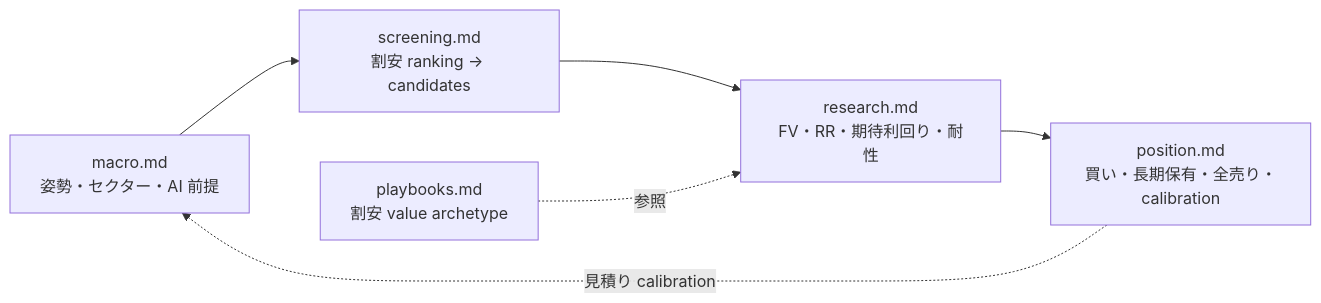
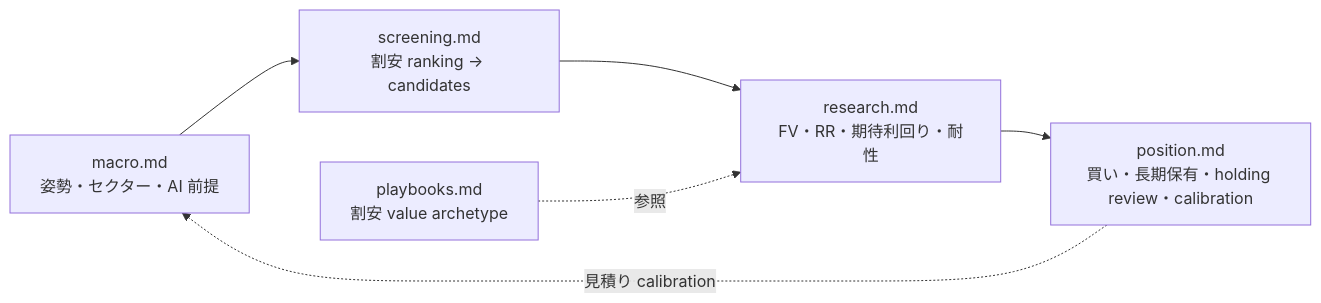
One commit to koumatsumoto/baibai-loop changed the diagram in docs/workflow/README.md. Above: the diagram before and after it, drawn with Mermaid. The commit also changed other lines of this file and 27 other files, not shown here.

````diff
--- a/docs/workflow/README.md
+++ b/docs/workflow/README.md
@@ -13,8 +13,8 @@
 ```mermaid
 flowchart LR
   macro["macro.md<br/>姿勢・セクター・AI 前提"] --> screening["screening.md<br/>割安 ranking → candidates"]
   screening --> research["research.md<br/>FV・RR・期待利回り・耐性"]
-  research --> position["position.md<br/>買い・長期保有・全売り・calibration"]
+  research --> position["position.md<br/>買い・長期保有・holding review・calibration"]
   position -.見積り calibration.-> macro
   playbooks["playbooks.md<br/>割安 value archetype"] -.参照.-> research
 ```
````
